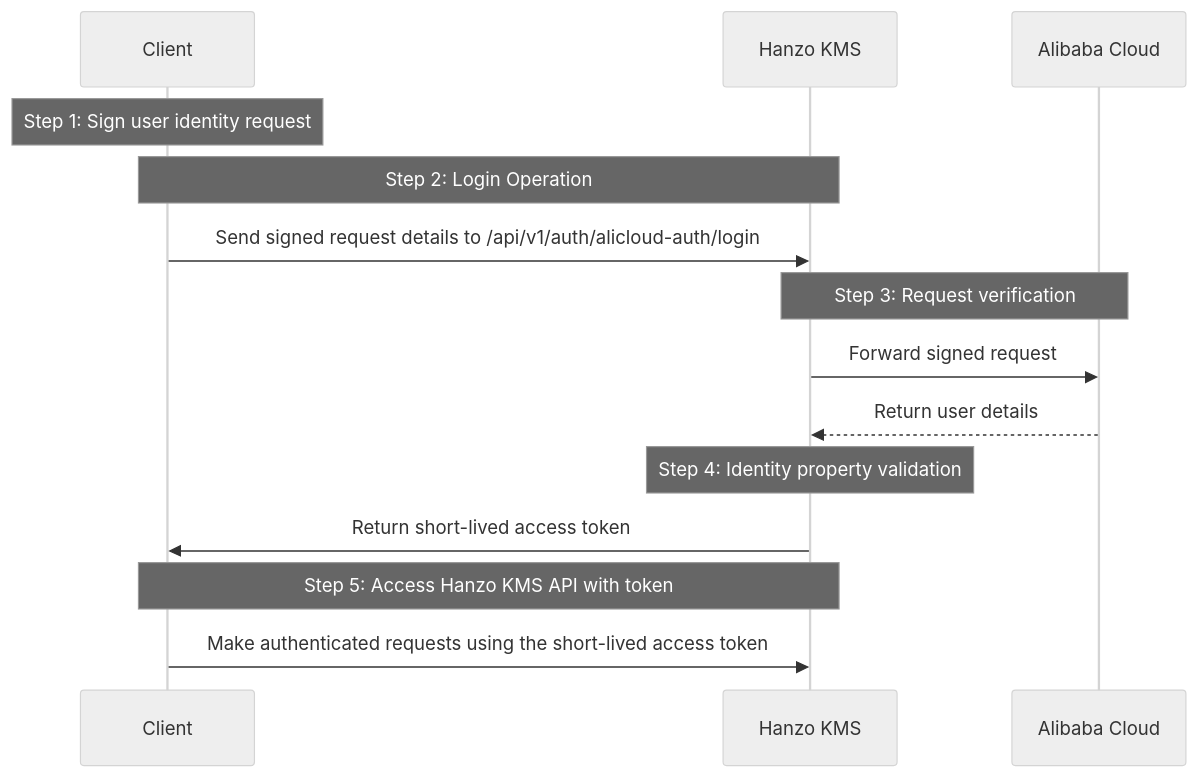
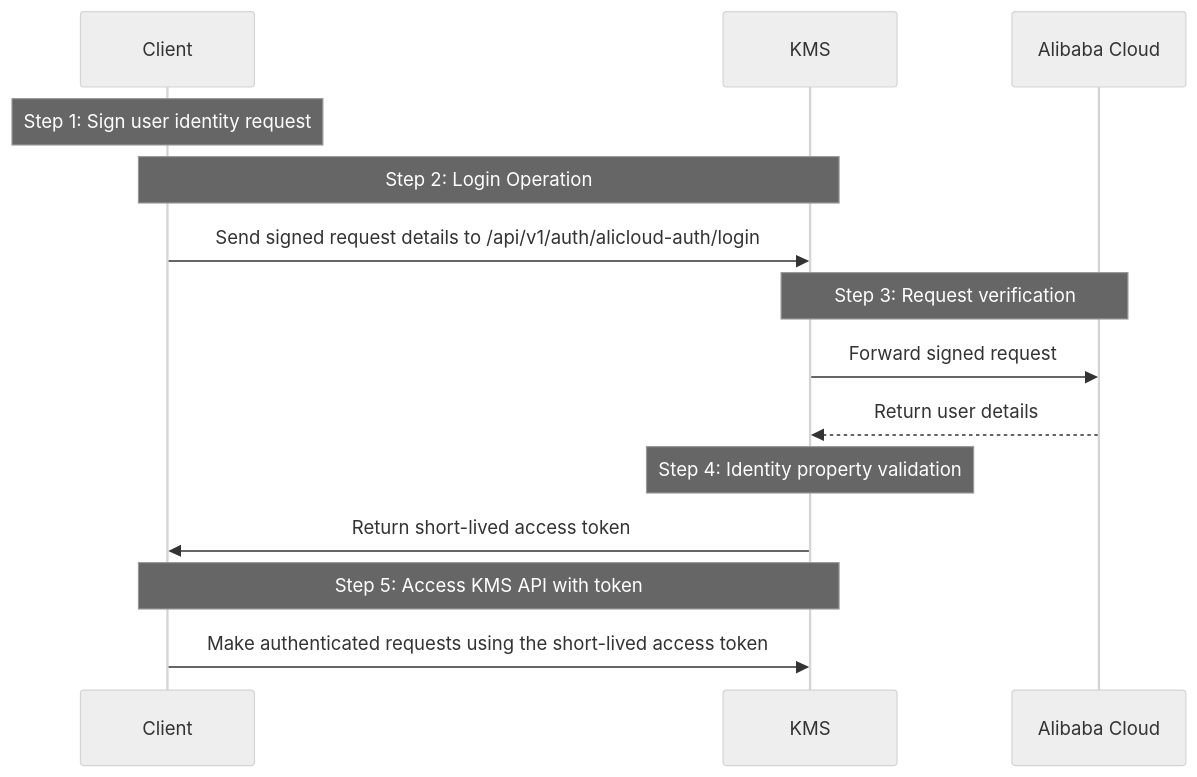
Before and after one commit to hanzoai/kms: the diagram in docs/documentation/platform/identities/alicloud-auth.mdx, drawn with Mermaid (neutral theme). The commit also changed other lines of this file and 855 other files, not shown here.

````diff
--- a/docs/documentation/platform/identities/alicloud-auth.mdx
+++ b/docs/documentation/platform/identities/alicloud-auth.mdx
@@ -12,21 +12,21 @@
 ```mermaid
 sequenceDiagram
   participant Client
-  participant Hanzo KMS
+  participant KMS
   participant Alibaba Cloud
 
   Note over Client,Client: Step 1: Sign user identity request
 
-  Note over Client,Hanzo KMS: Step 2: Login Operation
-  Client->>Hanzo KMS: Send signed request details to /api/v1/auth/alicloud-auth/login
+  Note over Client,KMS: Step 2: Login Operation
+  Client->>KMS: Send signed request details to /api/v1/auth/alicloud-auth/login
 
-  Note over Hanzo KMS,Alibaba Cloud: Step 3: Request verification
-  Hanzo KMS->>Alibaba Cloud: Forward signed request
-  Alibaba Cloud-->>Hanzo KMS: Return user details
+  Note over KMS,Alibaba Cloud: Step 3: Request verification
+  KMS->>Alibaba Cloud: Forward signed request
+  Alibaba Cloud-->>KMS: Return user details
 
-  Note over Hanzo KMS: Step 4: Identity property validation
-  Hanzo KMS->>Client: Return short-lived access token
+  Note over KMS: Step 4: Identity property validation
+  KMS->>Client: Return short-lived access token
 
-  Note over Client,Hanzo KMS: Step 5: Access Hanzo KMS API with token
-  Client->>Hanzo KMS: Make authenticated requests using the short-lived access token
+  Note over Client,KMS: Step 5: Access KMS API with token
+  Client->>KMS: Make authenticated requests using the short-lived access token
 ```
````
